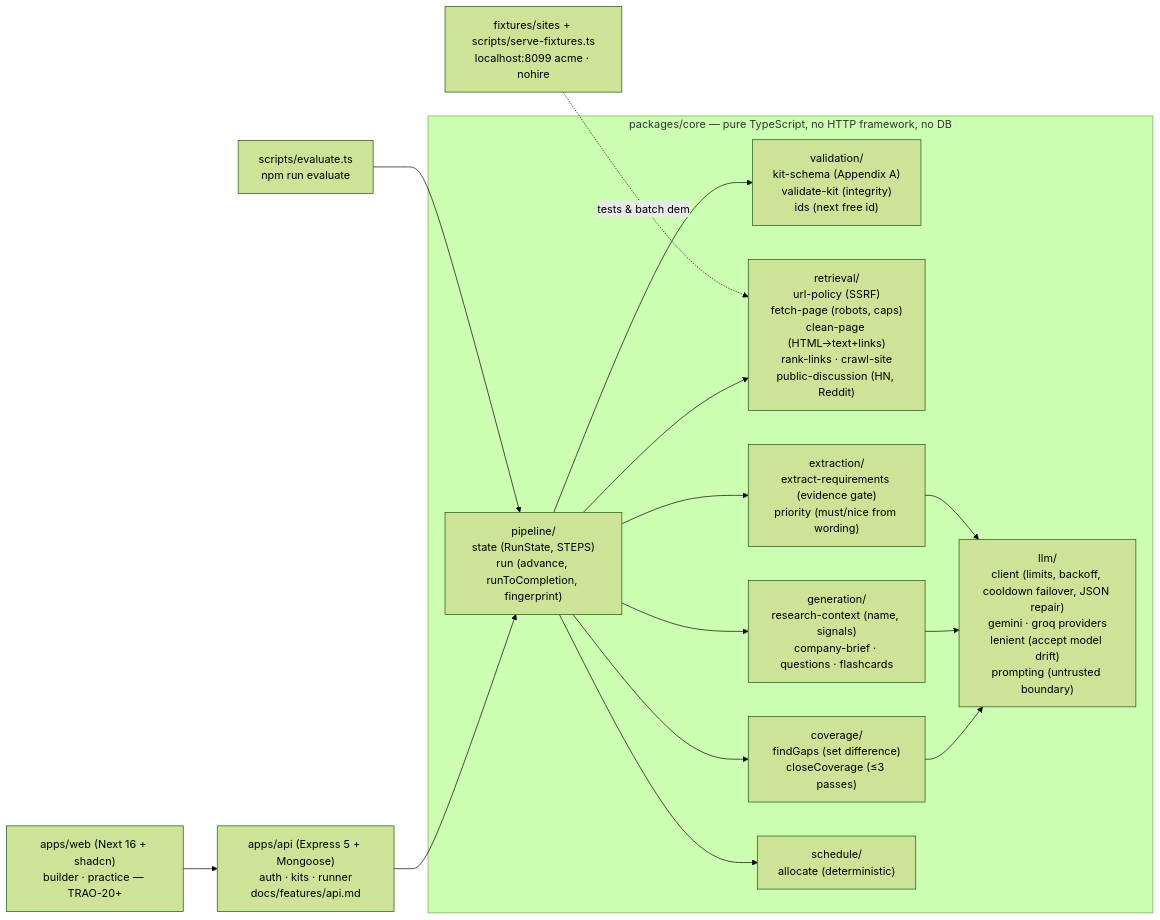
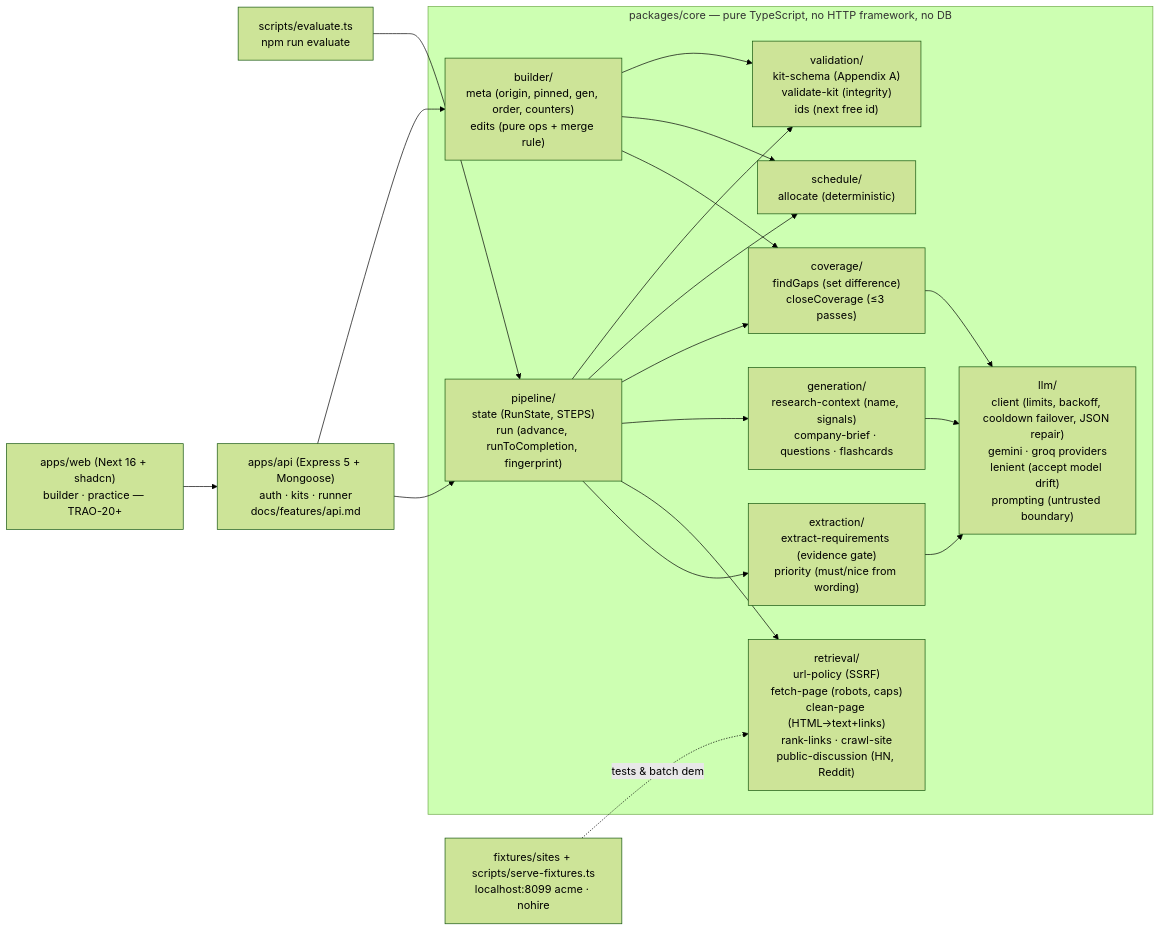
The first of 3 diagrams in docs/GRAPH.md (ayush-mania/trao-assignment), drawn with Mermaid (forest theme) before and after one commit. The commit also changed 15 other files, not shown here.

First line of the commit message:
feat: add kit builder edits and section regeneration

````diff
--- a/docs/GRAPH.md
+++ b/docs/GRAPH.md
@@ -14,19 +14,22 @@
 ```mermaid
 flowchart LR
   subgraph core["packages/core — pure TypeScript, no HTTP framework, no DB"]
     validation["validation/<br/>kit-schema (Appendix A)<br/>validate-kit (integrity)<br/>ids (next free id)"]
     llm["llm/<br/>client (limits, backoff, cooldown failover, JSON repair)<br/>gemini · groq providers<br/>lenient (accept model drift)<br/>prompting (untrusted boundary)"]
     retrieval["retrieval/<br/>url-policy (SSRF)<br/>fetch-page (robots, caps)<br/>clean-page (HTML→text+links)<br/>rank-links · crawl-site<br/>public-discussion (HN, Reddit)"]
     extraction["extraction/<br/>extract-requirements (evidence gate)<br/>priority (must/nice from wording)"]
     generation["generation/<br/>research-context (name, signals)<br/>company-brief · questions · flashcards"]
     coverage["coverage/<br/>findGaps (set difference)<br/>closeCoverage (≤3 passes)"]
     schedule["schedule/<br/>allocate (deterministic)"]
     pipeline["pipeline/<br/>state (RunState, STEPS)<br/>run (advance, runToCompletion, fingerprint)"]
+    builder["builder/<br/>meta (origin, pinned, gen, order, counters)<br/>edits (pure ops + merge rule)"]
   end
   cli["scripts/evaluate.ts<br/>npm run evaluate"] --> pipeline
   api["apps/api (Express 5 + Mongoose)<br/>auth · kits · runner<br/>docs/features/api.md"] --> pipeline
   web["apps/web (Next 16 + shadcn)<br/>builder · practice — TRAO-20+"] --> api
   fixtures["fixtures/sites + scripts/serve-fixtures.ts<br/>localhost:8099 acme · nohire"] -.tests & batch demo.-> retrieval
   pipeline --> extraction & retrieval & generation & coverage & schedule & validation
+  builder --> coverage & schedule & validation
+  api --> builder
   extraction & generation & coverage --> llm
 ```
````
